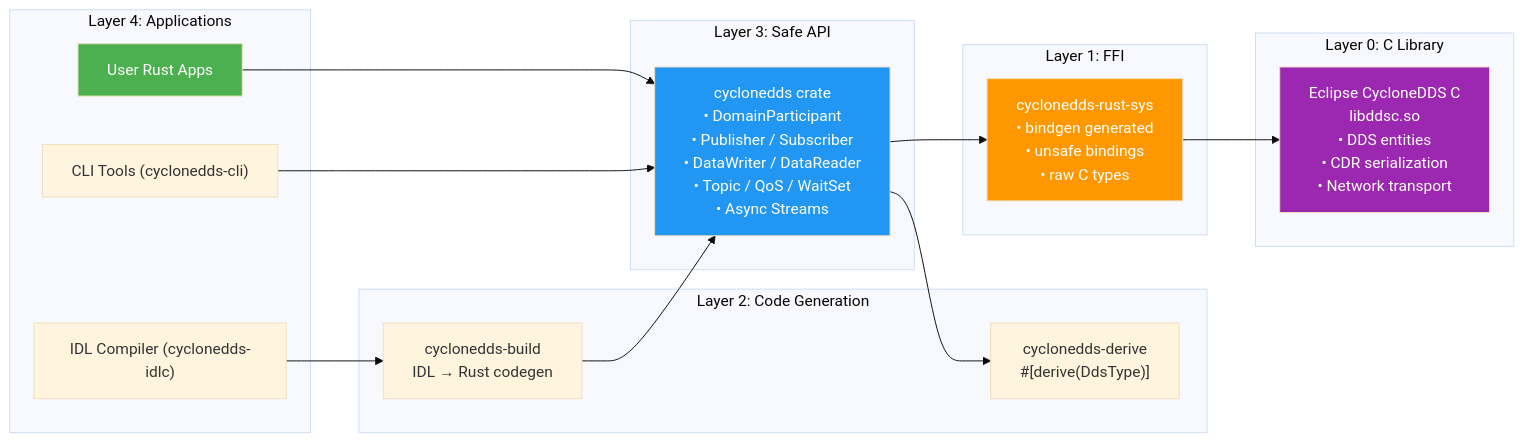
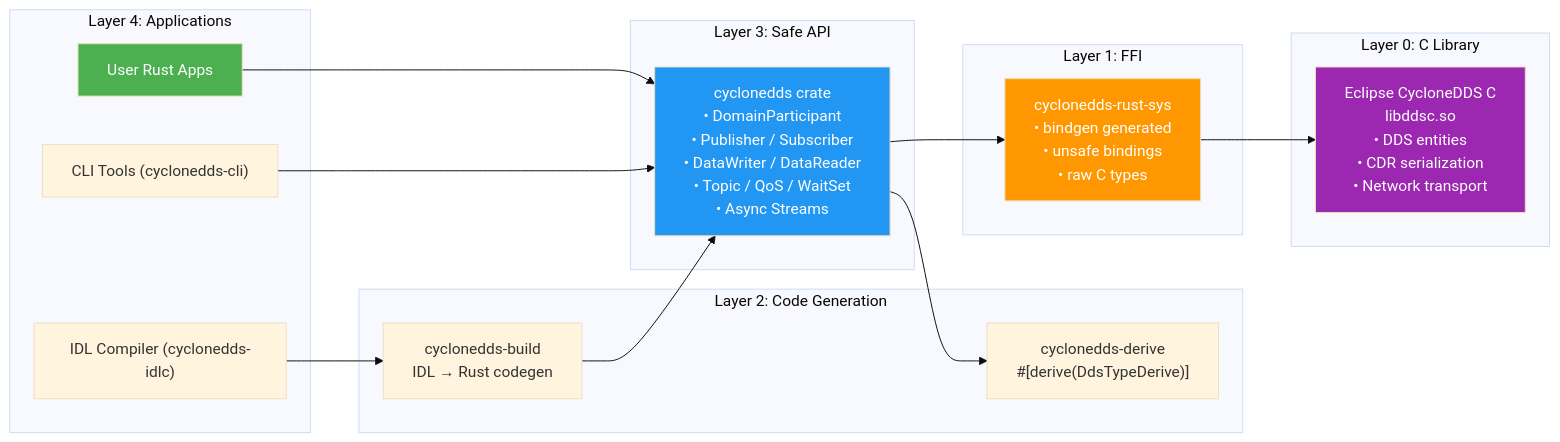
One commit to mzet97/cyclonedds-rust changed the third of 3 diagrams in docs/architecture.md. Above: the diagram before and after it, drawn with Mermaid (base theme). The commit also changed other lines of this file and 26 other files, not shown here.

````diff
--- a/docs/architecture.md
+++ b/docs/architecture.md
@@ -167,38 +167,38 @@
 ```mermaid
 flowchart LR
     subgraph "Layer 4: Applications"
         L4A["User Rust Apps"]
         L4B["CLI Tools (cyclonedds-cli)"]
         L4C["IDL Compiler (cyclonedds-idlc)"]
     end
 
     subgraph "Layer 3: Safe API"
         L3["cyclonedds crate\n• DomainParticipant\n• Publisher / Subscriber\n• DataWriter / DataReader\n• Topic / QoS / WaitSet\n• Async Streams"]
     end
 
     subgraph "Layer 2: Code Generation"
-        L2A["cyclonedds-derive\n#[derive(DdsType)]"]
+        L2A["cyclonedds-derive\n#[derive(DdsTypeDerive)]"]
         L2B["cyclonedds-build\nIDL → Rust codegen"]
     end
 
     subgraph "Layer 1: FFI"
         L1["cyclonedds-rust-sys\n• bindgen generated\n• unsafe bindings\n• raw C types"]
     end
 
     subgraph "Layer 0: C Library"
         L0["Eclipse CycloneDDS C\nlibddsc.so\n• DDS entities\n• CDR serialization\n• Network transport"]
     end
 
     L4A --> L3
     L4B --> L3
     L4C --> L2B
     L3 --> L1
     L3 --> L2A
     L2B --> L3
     L1 --> L0
 
     style L0 fill:#9C27B0,color:#fff
     style L1 fill:#FF9800,color:#fff
     style L3 fill:#2196F3,color:#fff
     style L4A fill:#4CAF50,color:#fff
 ```
````
